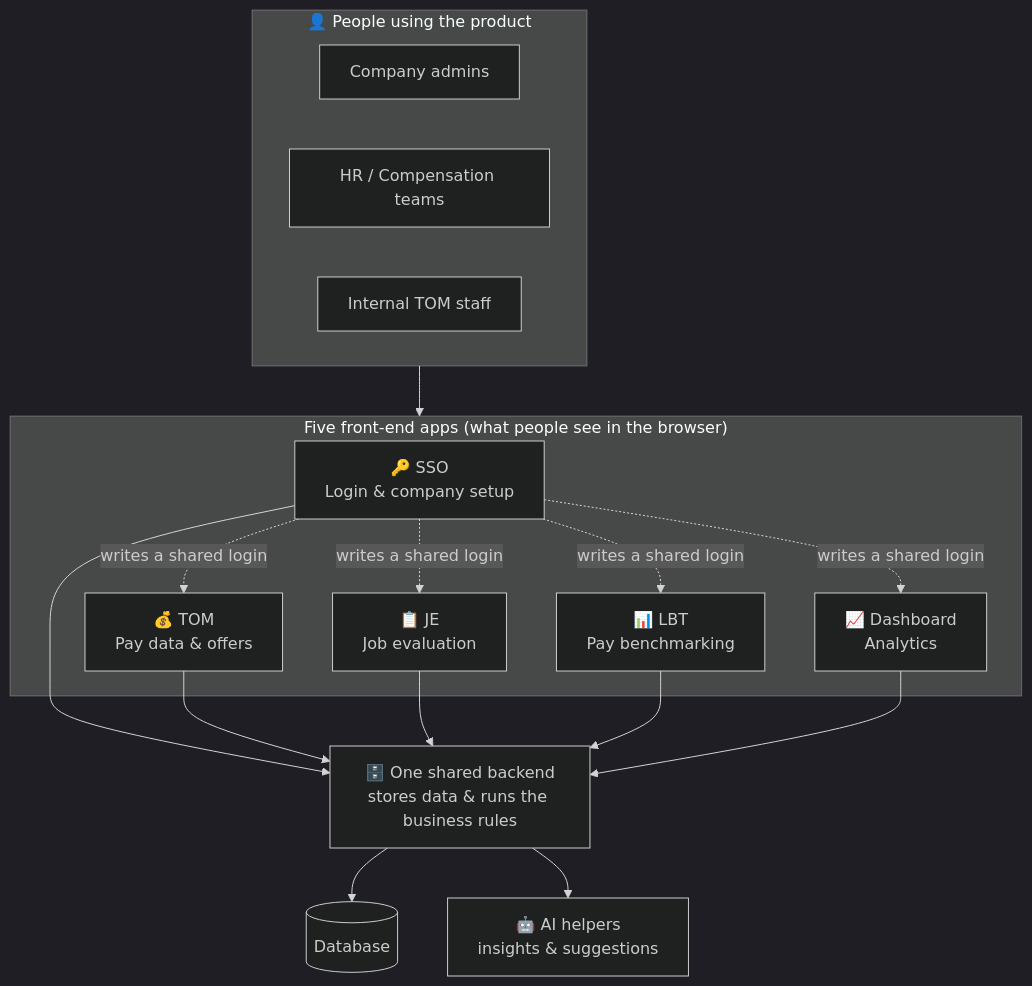
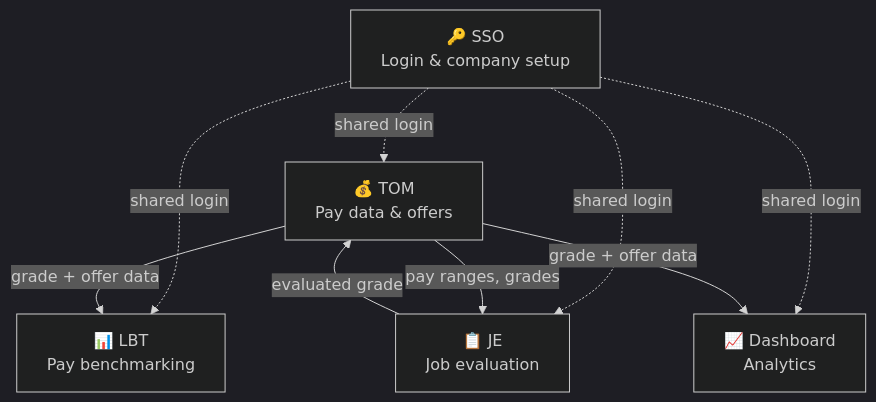
One commit to aniqarasheed9/docs changed the first of 11 diagrams in README.md. Above: the diagram before and after it, drawn with Mermaid (dark theme). The commit also changed other lines of this file and 11 other files, not shown here.

First line of the commit message:
Replace with drill-down diagram structure: apps -> modules -> fields

````diff
--- a/README.md
+++ b/README.md
@@ -20,35 +13,18 @@
 ```mermaid
 flowchart TB
-    subgraph Users["👤 People using the product"]
-        U1[Company admins]
-        U2[HR / Compensation teams]
-        U3[Internal TOM staff]
-    end
+    SSO[🔑 SSO<br/>Login & company setup]
+    TOM[💰 TOM<br/>Pay data & offers]
+    JE[📋 JE<br/>Job evaluation]
+    LBT[📊 LBT<br/>Pay benchmarking]
+    DASH[📈 Dashboard<br/>Analytics]
 
-    subgraph Apps["Five front-end apps (what people see in the browser)"]
-        SSO[🔑 SSO<br/>Login & company setup]
-        TOM[💰 TOM<br/>Pay data & offers]
-        JE[📋 JE<br/>Job evaluation]
-        LBT[📊 LBT<br/>Pay benchmarking]
-        DASH[📈 Dashboard<br/>Analytics]
-    end
+    SSO -.shared login.-> TOM
+    SSO -.shared login.-> JE
+    SSO -.shared login.-> LBT
+    SSO -.shared login.-> DASH
 
-    BACKEND[🗄️ One shared backend<br/>stores data & runs the business rules]
-    DB[(Database)]
-    AI[🤖 AI helpers<br/>insights & suggestions]
-
-    Users --> Apps
-    SSO -.writes a shared login.-> TOM
-    SSO -.writes a shared login.-> JE
-    SSO -.writes a shared login.-> LBT
-    SSO -.writes a shared login.-> DASH
-
-    SSO --> BACKEND
-    TOM --> BACKEND
-    JE --> BACKEND
-    LBT --> BACKEND
-    DASH --> BACKEND
-
-    BACKEND --> DB
-    BACKEND --> AI
+    TOM -->|grade + offer data| LBT
+    TOM -->|grade + offer data| DASH
+    JE -->|evaluated grade| TOM
+    TOM -->|pay ranges, grades| JE
 ```
````
